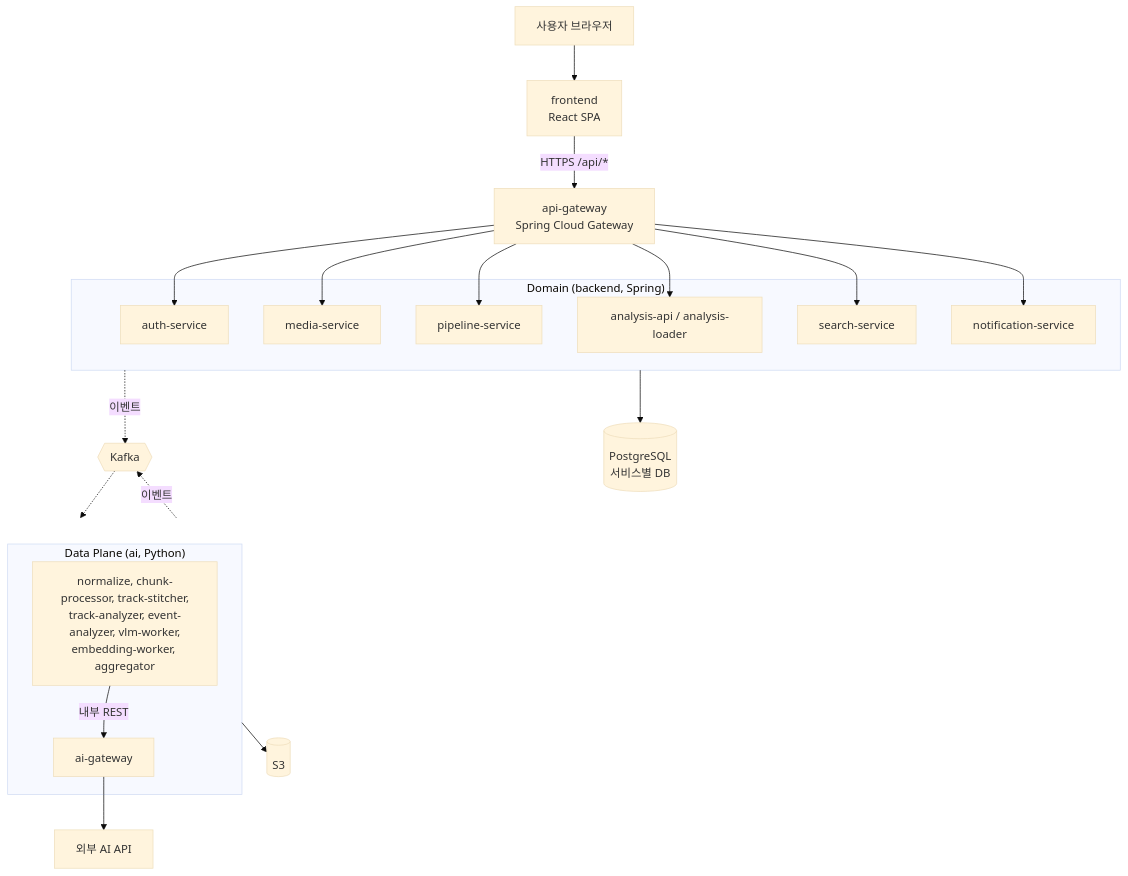
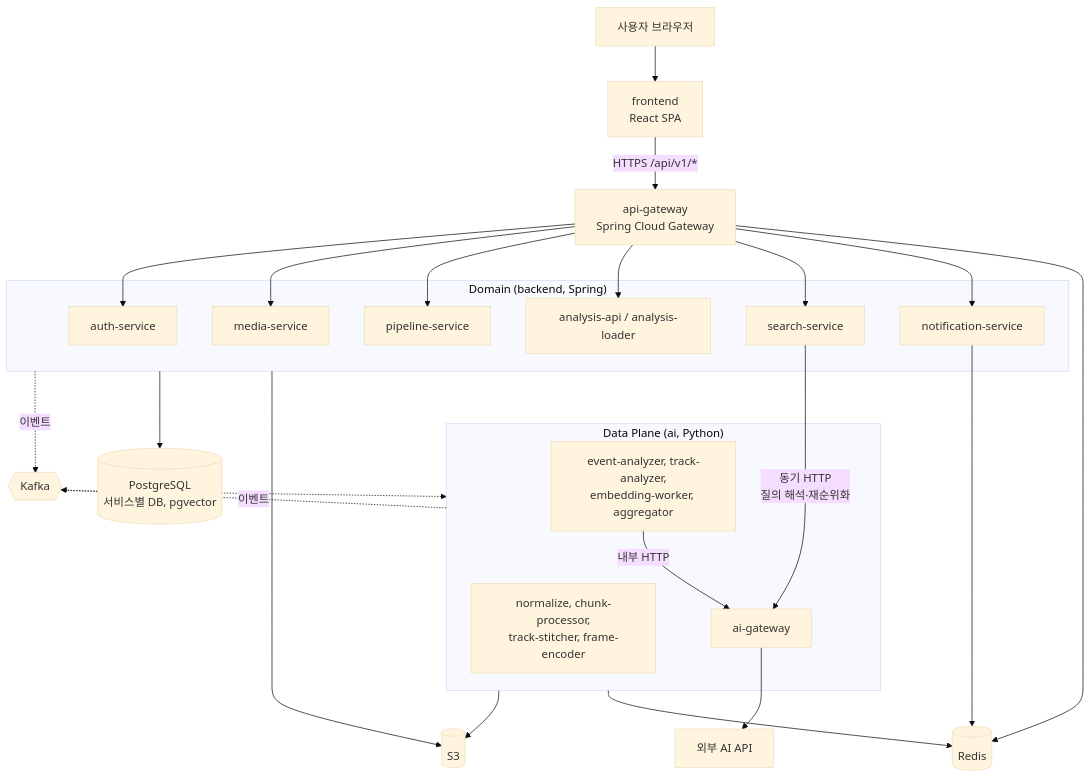
One commit to p5-3-final/docs changed the first of 5 diagrams in docs/architecture/overview.md. Above: the diagram before and after it, drawn with Mermaid (base theme). The commit also changed other lines of this file and 4 other files, not shown here.

````diff
--- a/docs/architecture/overview.md
+++ b/docs/architecture/overview.md
@@ -11,25 +16,28 @@
 ```mermaid
 flowchart TB
   U[사용자 브라우저] --> FE[frontend<br/>React SPA]
-  FE -->|HTTPS /api/*| GW[api-gateway<br/>Spring Cloud Gateway]
+  FE -->|HTTPS /api/v1/*| GW[api-gateway<br/>Spring Cloud Gateway]
   subgraph Domain["Domain (backend, Spring)"]
     AU[auth-service]
     ME[media-service]
     PL[pipeline-service]
     AN[analysis-api / analysis-loader]
     SE[search-service]
     NO[notification-service]
   end
   GW --> AU & ME & PL & AN & SE & NO
   Domain -.이벤트.-> MB{{Kafka}}
   MB -.-> DP
   DP -.이벤트.-> MB
   subgraph DP["Data Plane (ai, Python)"]
-    WK[normalize, chunk-processor, track-stitcher,<br/>track-analyzer, event-analyzer, vlm-worker,<br/>embedding-worker, aggregator]
+    VW[normalize, chunk-processor,<br/>track-stitcher, frame-encoder]
+    AW[event-analyzer, track-analyzer,<br/>embedding-worker, aggregator]
     AG[ai-gateway]
-    WK -->|내부 REST| AG
+    AW -->|내부 HTTP| AG
   end
+  SE -->|동기 HTTP<br/>질의 해석·재순위화| AG
   AG --> EXT[외부 AI API]
-  Domain --> DB[(PostgreSQL<br/>서비스별 DB)]
-  DP --> S3[(S3)]
+  Domain --> DB[(PostgreSQL<br/>서비스별 DB, pgvector)]
+  Domain & DP --> S3[(S3)]
+  GW & NO & DP --> R[(Redis)]
 ```
````
